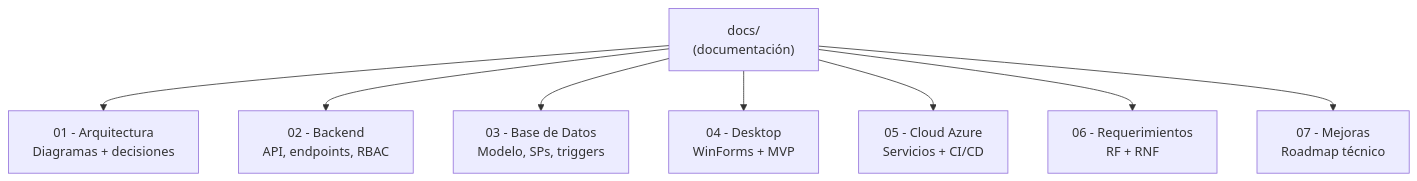
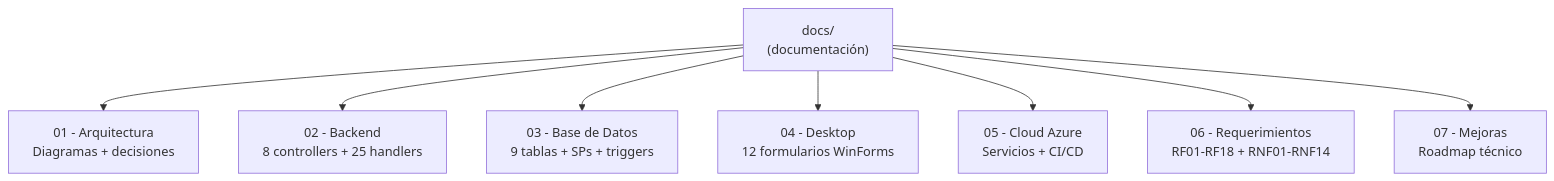
Before and after one commit to claudiosddevs/adrian: the diagram in docs/README.md, drawn with Mermaid. The commit also changed other lines of this file and 5 other files, not shown here.

````diff
--- a/docs/README.md
+++ b/docs/README.md
@@ -14,11 +14,11 @@
 ```mermaid
 flowchart TB
     DOCS["docs/<br/>(documentación)"]
     DOCS --> A1["01 - Arquitectura<br/>Diagramas + decisiones"]
-    DOCS --> A2["02 - Backend<br/>API, endpoints, RBAC"]
-    DOCS --> A3["03 - Base de Datos<br/>Modelo, SPs, triggers"]
-    DOCS --> A4["04 - Desktop<br/>WinForms + MVP"]
+    DOCS --> A2["02 - Backend<br/>8 controllers + 25 handlers"]
+    DOCS --> A3["03 - Base de Datos<br/>9 tablas + SPs + triggers"]
+    DOCS --> A4["04 - Desktop<br/>12 formularios WinForms"]
     DOCS --> A5["05 - Cloud Azure<br/>Servicios + CI/CD"]
-    DOCS --> A6["06 - Requerimientos<br/>RF + RNF"]
+    DOCS --> A6["06 - Requerimientos<br/>RF01-RF18 + RNF01-RNF14"]
     DOCS --> A7["07 - Mejoras<br/>Roadmap técnico"]
 ```
````
